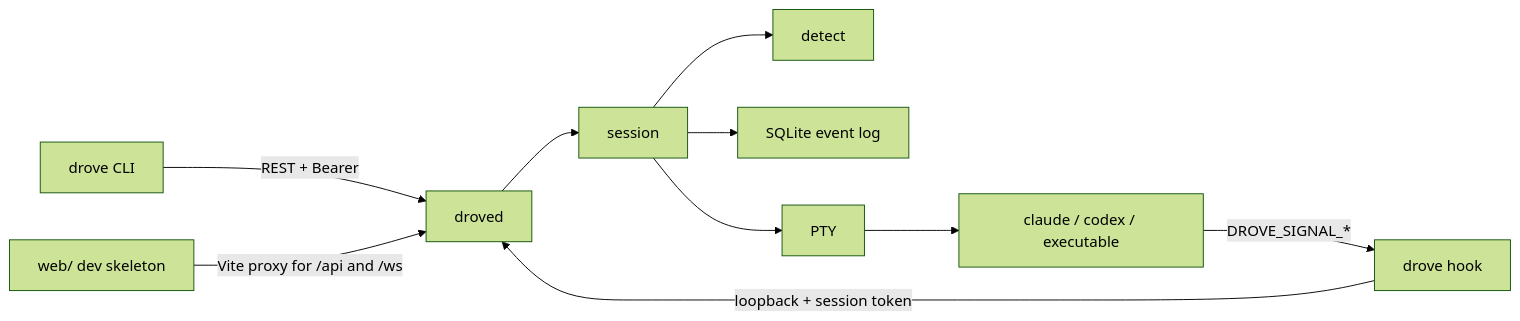
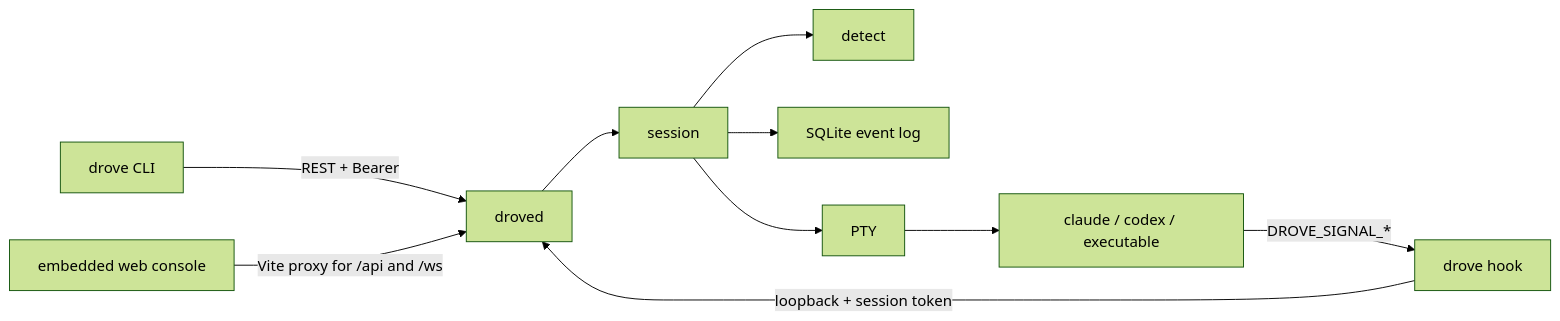
Before and after one commit to Duang777/drove: the diagram in docs/assets/architecture.en.mmd, drawn with Mermaid (forest theme). The commit also changed 31 other files, not shown here.

Commit message:
feat: embed authenticated web console

```diff
--- a/docs/assets/architecture.en.mmd
+++ b/docs/assets/architecture.en.mmd
@@ -1,20 +1,20 @@
 flowchart LR
   cli["drove CLI"]
-  web["web/ dev skeleton"]
+  web["embedded web console"]
   daemon["droved"]
   session["session"]
   detect["detect"]
   store["SQLite event log"]
   pty["PTY"]
   agent["claude / codex / executable"]
   hook["drove hook"]
 
   cli -->|"REST + Bearer"| daemon
   web -->|"Vite proxy for /api and /ws"| daemon
   daemon --> session
   session --> detect
   session --> store
   session --> pty
   pty --> agent
   agent -->|"DROVE_SIGNAL_*"| hook
   hook -->|"loopback + session token"| daemon
```
